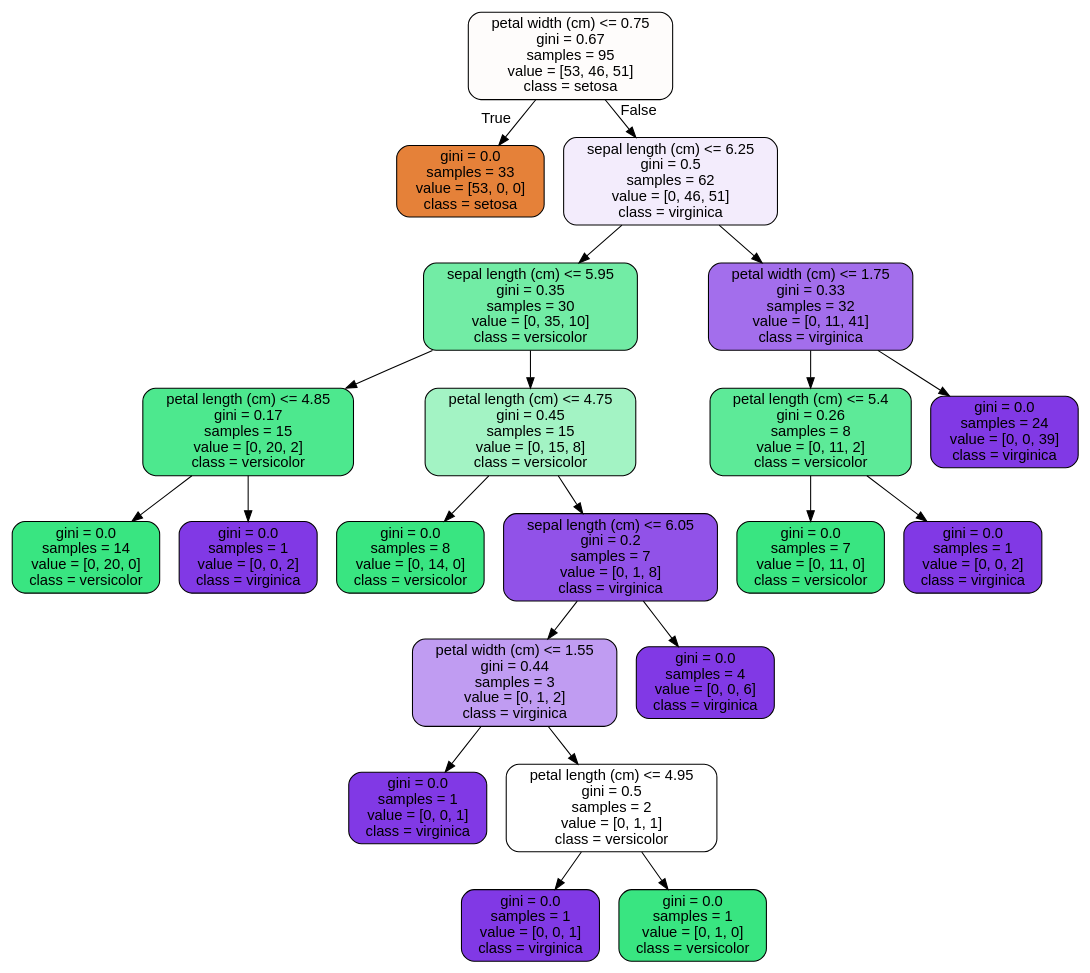
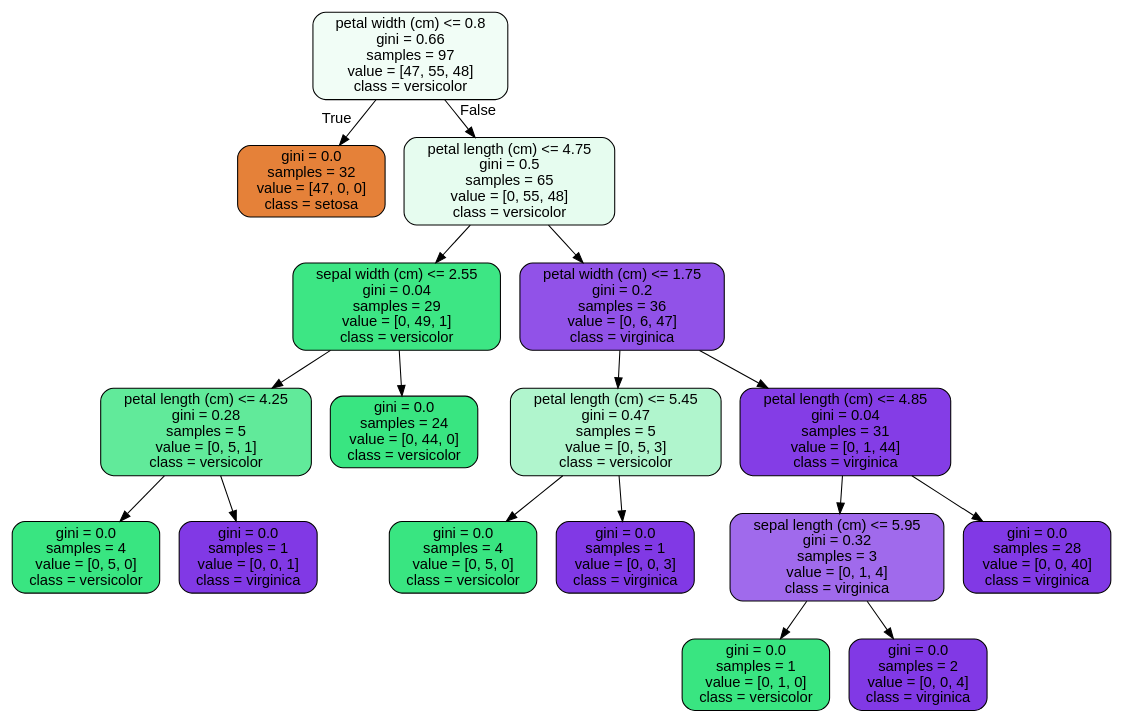
Before and after one commit to levancie/springboard_DSC: the diagram in RandomForestCovidCaseStudy/tree.dot, drawn with Graphviz. The commit also changed 7 other files, not shown here.

```diff
--- a/RandomForestCovidCaseStudy/tree.dot
+++ b/RandomForestCovidCaseStudy/tree.dot
@@ -1,45 +1,37 @@
 digraph Tree {
 node [shape=box, style="filled, rounded", color="black", fontname=helvetica] ;
 edge [fontname=helvetica] ;
-0 [label="petal width (cm) <= 0.75\ngini = 0.67\nsamples = 95\nvalue = [53, 46, 51]\nclass = setosa", fillcolor="#fefcfb"] ;
-1 [label="gini = 0.0\nsamples = 33\nvalue = [53, 0, 0]\nclass = setosa", fillcolor="#e58139"] ;
+0 [label="petal width (cm) <= 0.8\ngini = 0.66\nsamples = 97\nvalue = [47, 55, 48]\nclass = versicolor", fillcolor="#f1fdf6"] ;
+1 [label="gini = 0.0\nsamples = 32\nvalue = [47, 0, 0]\nclass = setosa", fillcolor="#e58139"] ;
 0 -> 1 [labeldistance=2.5, labelangle=45, headlabel="True"] ;
-2 [label="sepal length (cm) <= 6.25\ngini = 0.5\nsamples = 62\nvalue = [0, 46, 51]\nclass = virginica", fillcolor="#f3ecfc"] ;
+2 [label="petal length (cm) <= 4.75\ngini = 0.5\nsamples = 65\nvalue = [0, 55, 48]\nclass = versicolor", fillcolor="#e6fcef"] ;
 0 -> 2 [labeldistance=2.5, labelangle=-45, headlabel="False"] ;
-3 [label="sepal length (cm) <= 5.95\ngini = 0.35\nsamples = 30\nvalue = [0, 35, 10]\nclass = versicolor", fillcolor="#72eca5"] ;
+3 [label="sepal width (cm) <= 2.55\ngini = 0.04\nsamples = 29\nvalue = [0, 49, 1]\nclass = versicolor", fillcolor="#3de684"] ;
 2 -> 3 ;
-4 [label="petal length (cm) <= 4.85\ngini = 0.17\nsamples = 15\nvalue = [0, 20, 2]\nclass = versicolor", fillcolor="#4de88e"] ;
+4 [label="petal length (cm) <= 4.25\ngini = 0.28\nsamples = 5\nvalue = [0, 5, 1]\nclass = versicolor", fillcolor="#61ea9a"] ;
 3 -> 4 ;
-5 [label="gini = 0.0\nsamples = 14\nvalue = [0, 20, 0]\nclass = versicolor", fillcolor="#39e581"] ;
+5 [label="gini = 0.0\nsamples = 4\nvalue = [0, 5, 0]\nclass = versicolor", fillcolor="#39e581"] ;
 4 -> 5 ;
-6 [label="gini = 0.0\nsamples = 1\nvalue = [0, 0, 2]\nclass = virginica", fillcolor="#8139e5"] ;
+6 [label="gini = 0.0\nsamples = 1\nvalue = [0, 0, 1]\nclass = virginica", fillcolor="#8139e5"] ;
 4 -> 6 ;
-7 [label="petal length (cm) <= 4.75\ngini = 0.45\nsamples = 15\nvalue = [0, 15, 8]\nclass = versicolor", fillcolor="#a3f3c4"] ;
+7 [label="gini = 0.0\nsamples = 24\nvalue = [0, 44, 0]\nclass = versicolor", fillcolor="#39e581"] ;
 3 -> 7 ;
-8 [label="gini = 0.0\nsamples = 8\nvalue = [0, 14, 0]\nclass = versicolor", fillcolor="#39e581"] ;
-7 -> 8 ;
-9 [label="sepal length (cm) <= 6.05\ngini = 0.2\nsamples = 7\nvalue = [0, 1, 8]\nclass = virginica", fillcolor="#9152e8"] ;
-7 -> 9 ;
-10 [label="petal width (cm) <= 1.55\ngini = 0.44\nsamples = 3\nvalue = [0, 1, 2]\nclass = virginica", fillcolor="#c09cf2"] ;
+8 [label="petal width (cm) <= 1.75\ngini = 0.2\nsamples = 36\nvalue = [0, 6, 47]\nclass = virginica", fillcolor="#9152e8"] ;
+2 -> 8 ;
+9 [label="petal length (cm) <= 5.45\ngini = 0.47\nsamples = 5\nvalue = [0, 5, 3]\nclass = versicolor", fillcolor="#b0f5cd"] ;
+8 -> 9 ;
+10 [label="gini = 0.0\nsamples = 4\nvalue = [0, 5, 0]\nclass = versicolor", fillcolor="#39e581"] ;
 9 -> 10 ;
-11 [label="gini = 0.0\nsamples = 1\nvalue = [0, 0, 1]\nclass = virginica", fillcolor="#8139e5"] ;
-10 -> 11 ;
-12 [label="petal length (cm) <= 4.95\ngini = 0.5\nsamples = 2\nvalue = [0, 1, 1]\nclass = versicolor", fillcolor="#ffffff"] ;
-10 -> 12 ;
-13 [label="gini = 0.0\nsamples = 1\nvalue = [0, 0, 1]\nclass = virginica", fillcolor="#8139e5"] ;
+11 [label="gini = 0.0\nsamples = 1\nvalue = [0, 0, 3]\nclass = virginica", fillcolor="#8139e5"] ;
+9 -> 11 ;
+12 [label="petal length (cm) <= 4.85\ngini = 0.04\nsamples = 31\nvalue = [0, 1, 44]\nclass = virginica", fillcolor="#843de6"] ;
+8 -> 12 ;
+13 [label="sepal length (cm) <= 5.95\ngini = 0.32\nsamples = 3\nvalue = [0, 1, 4]\nclass = virginica", fillcolor="#a06aec"] ;
 12 -> 13 ;
 14 [label="gini = 0.0\nsamples = 1\nvalue = [0, 1, 0]\nclass = versicolor", fillcolor="#39e581"] ;
-12 -> 14 ;
-15 [label="gini = 0.0\nsamples = 4\nvalue = [0, 0, 6]\nclass = virginica", fillcolor="#8139e5"] ;
-9 -> 15 ;
-16 [label="petal width (cm) <= 1.75\ngini = 0.33\nsamples = 32\nvalue = [0, 11, 41]\nclass = virginica", fillcolor="#a36eec"] ;
-2 -> 16 ;
-17 [label="petal length (cm) <= 5.4\ngini = 0.26\nsamples = 8\nvalue = [0, 11, 2]\nclass = versicolor", fillcolor="#5dea98"] ;
-16 -> 17 ;
-18 [label="gini = 0.0\nsamples = 7\nvalue = [0, 11, 0]\nclass = versicolor", fillcolor="#39e581"] ;
-17 -> 18 ;
-19 [label="gini = 0.0\nsamples = 1\nvalue = [0, 0, 2]\nclass = virginica", fillcolor="#8139e5"] ;
-17 -> 19 ;
-20 [label="gini = 0.0\nsamples = 24\nvalue = [0, 0, 39]\nclass = virginica", fillcolor="#8139e5"] ;
-16 -> 20 ;
+13 -> 14 ;
+15 [label="gini = 0.0\nsamples = 2\nvalue = [0, 0, 4]\nclass = virginica", fillcolor="#8139e5"] ;
+13 -> 15 ;
+16 [label="gini = 0.0\nsamples = 28\nvalue = [0, 0, 40]\nclass = virginica", fillcolor="#8139e5"] ;
+12 -> 16 ;
 }
```
